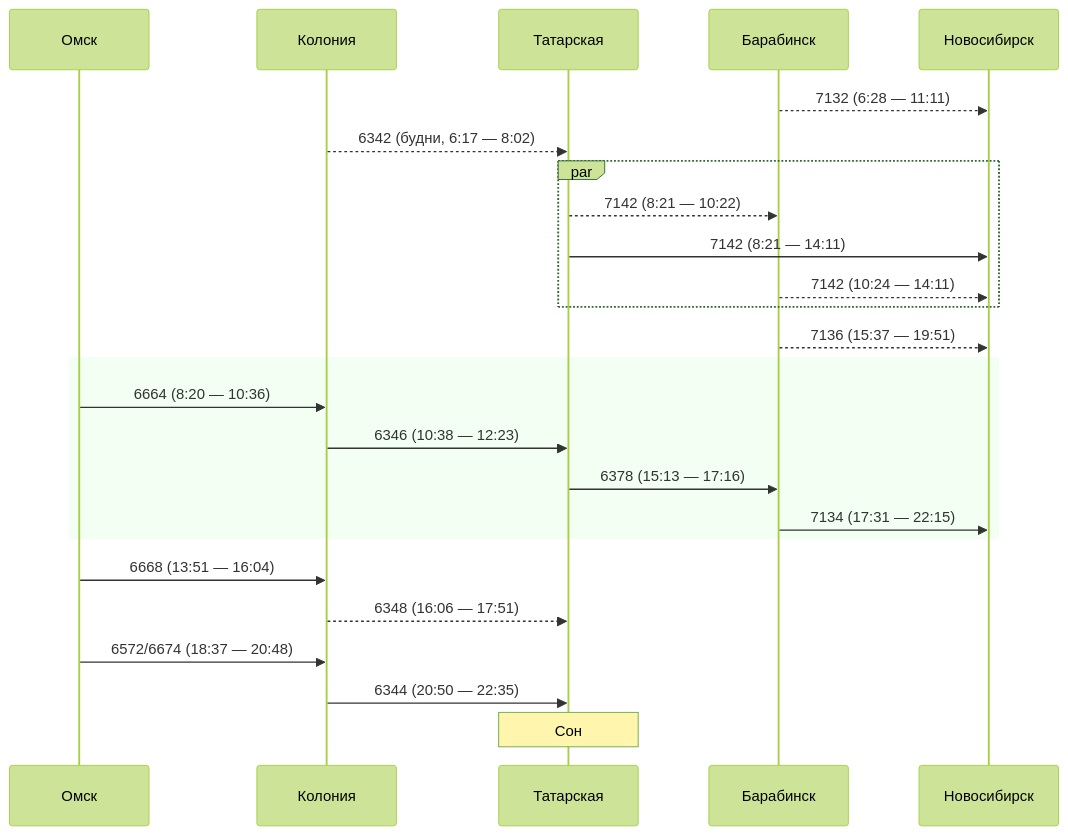
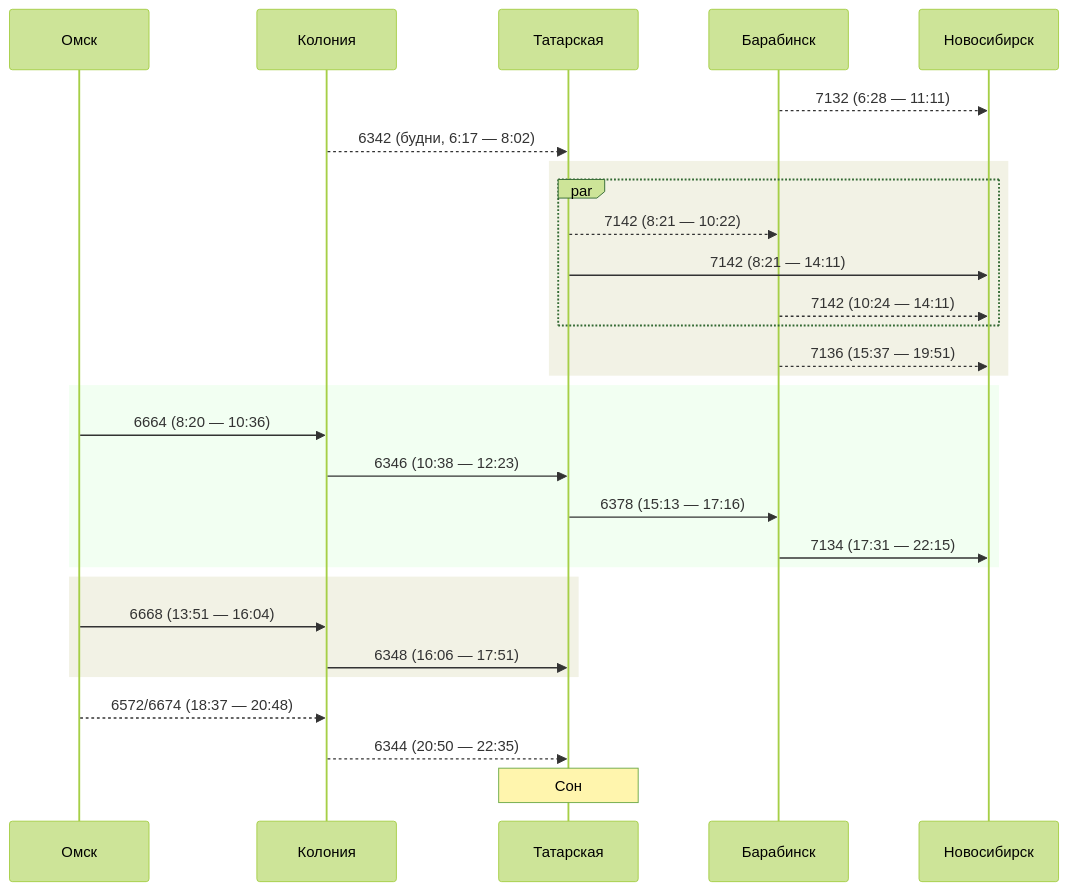
The second of 11 diagrams in README.md (u0feff/Pezda), drawn with Mermaid (forest theme) before and after one commit. The commit also changed other lines of this file, not shown here.

````diff
--- a/README.md
+++ b/README.md
@@ -56,33 +56,37 @@
 ```mermaid
 sequenceDiagram
     participant Омск
     participant Колония
     participant Татарская
     participant Барабинск
     participant Новосибирск
 
     Барабинск-->>Новосибирск: 7132 (6:28 — 11:11)
 
     Колония-->>Татарская: 6342 (будни, 6:17 — 8:02)
+    rect rgba(127, 127, 0, 0.1)
     par
     Татарская-->>Барабинск: 7142 (8:21 — 10:22)
     Татарская->>Новосибирск: 7142 (8:21 — 14:11)
     Барабинск-->>Новосибирск: 7142 (10:24 — 14:11)
     end
     Барабинск-->>Новосибирск: 7136 (15:37 — 19:51)
+    end
 
     rect rgba(0, 255, 0, 0.05)
     Омск->>Колония: 6664 (8:20 — 10:36)
     Колония->>Татарская: 6346 (10:38 — 12:23)
     Татарская->>Барабинск: 6378 (15:13 — 17:16)
     Барабинск->>Новосибирск: 7134 (17:31 — 22:15)
     end
 
+    rect rgba(127, 127, 0, 0.1)
     Омск->>Колония: 6668 (13:51 — 16:04)
-    Колония-->>Татарская: 6348 (16:06 — 17:51)
+    Колония->>Татарская: 6348 (16:06 — 17:51)
+    end
 
-    Омск->>Колония: 6572/6674 (18:37 — 20:48)
-    Колония->>Татарская: 6344 (20:50 — 22:35)
+    Омск-->>Колония: 6572/6674 (18:37 — 20:48)
+    Колония-->>Татарская: 6344 (20:50 — 22:35)
 
     Note over Татарская: Сон
 ```
````
